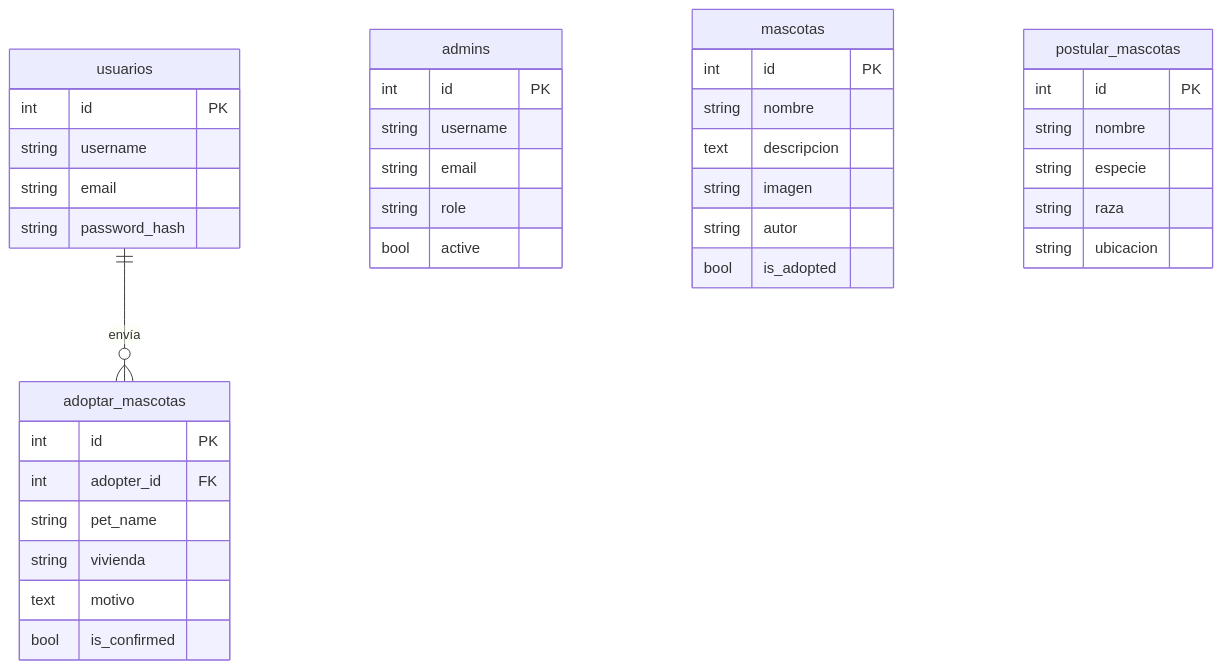
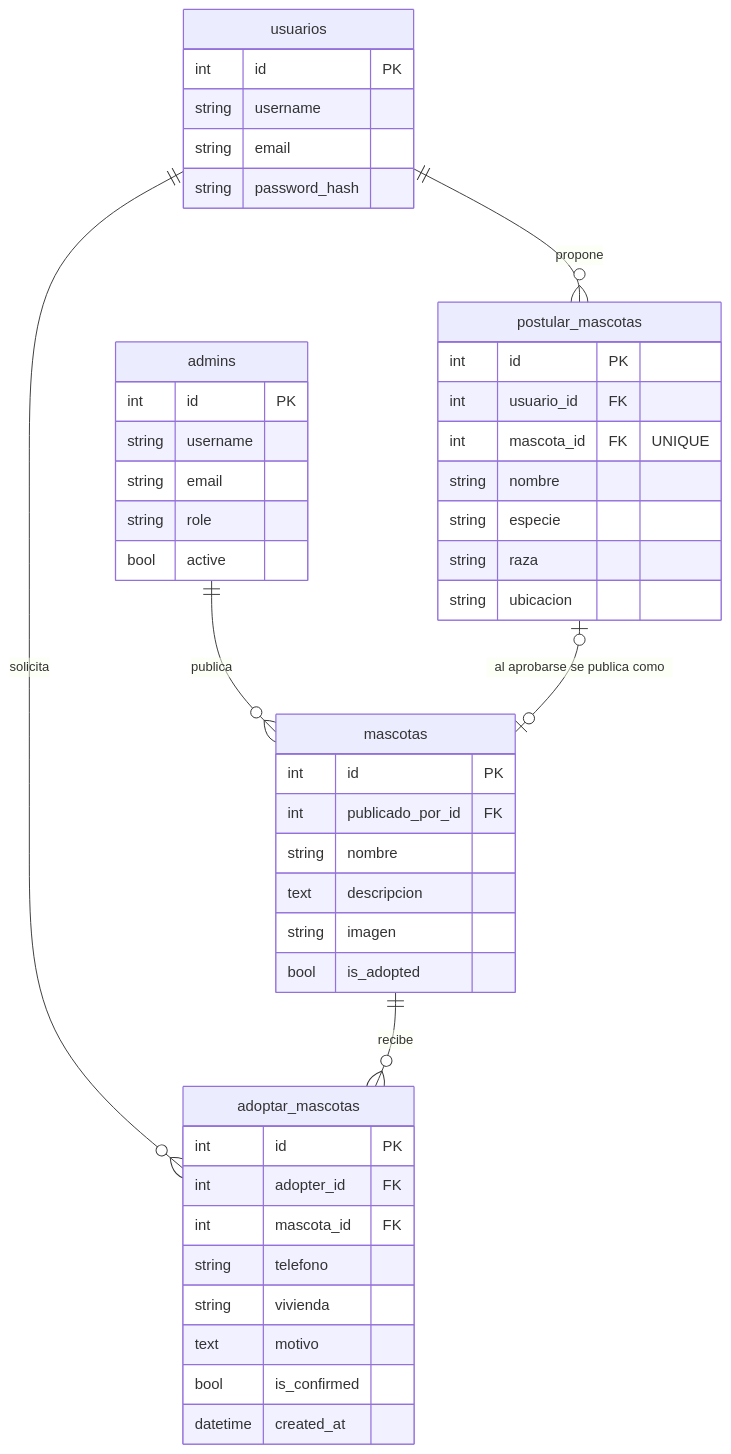
Before and after one commit to IngGMunoz/Adopt-Me-Now: the second of 2 diagrams in README.md, drawn with Mermaid. The commit also changed other lines of this file and 16 other files, not shown here.

````diff
--- a/README.md
+++ b/README.md
@@ -69,40 +69,49 @@
 ```mermaid
 erDiagram
-    usuarios ||--o{ adoptar_mascotas : "envía"
-    usuarios {
-        int id PK
-        string username
-        string email
-        string password_hash
-    }
+    admins ||--o{ mascotas : "publica"
+    usuarios ||--o{ adoptar_mascotas : "solicita"
+    mascotas ||--o{ adoptar_mascotas : "recibe"
+    usuarios ||--o{ postular_mascotas : "propone"
+    postular_mascotas |o--o| mascotas : "al aprobarse se publica como"
+
     admins {
         int id PK
         string username
         string email
         string role
         bool active
     }
+    usuarios {
+        int id PK
+        string username
+        string email
+        string password_hash
+    }
     mascotas {
         int id PK
+        int publicado_por_id FK
         string nombre
         text descripcion
         string imagen
-        string autor
         bool is_adopted
     }
     adoptar_mascotas {
         int id PK
         int adopter_id FK
-        string pet_name
+        int mascota_id FK
+        string telefono
         string vivienda
         text motivo
         bool is_confirmed
+        datetime created_at
     }
     postular_mascotas {
         int id PK
+        int usuario_id FK
+        int mascota_id FK "UNIQUE"
         string nombre
         string especie
         string raza
         string ubicacion
     }
 ```
````
